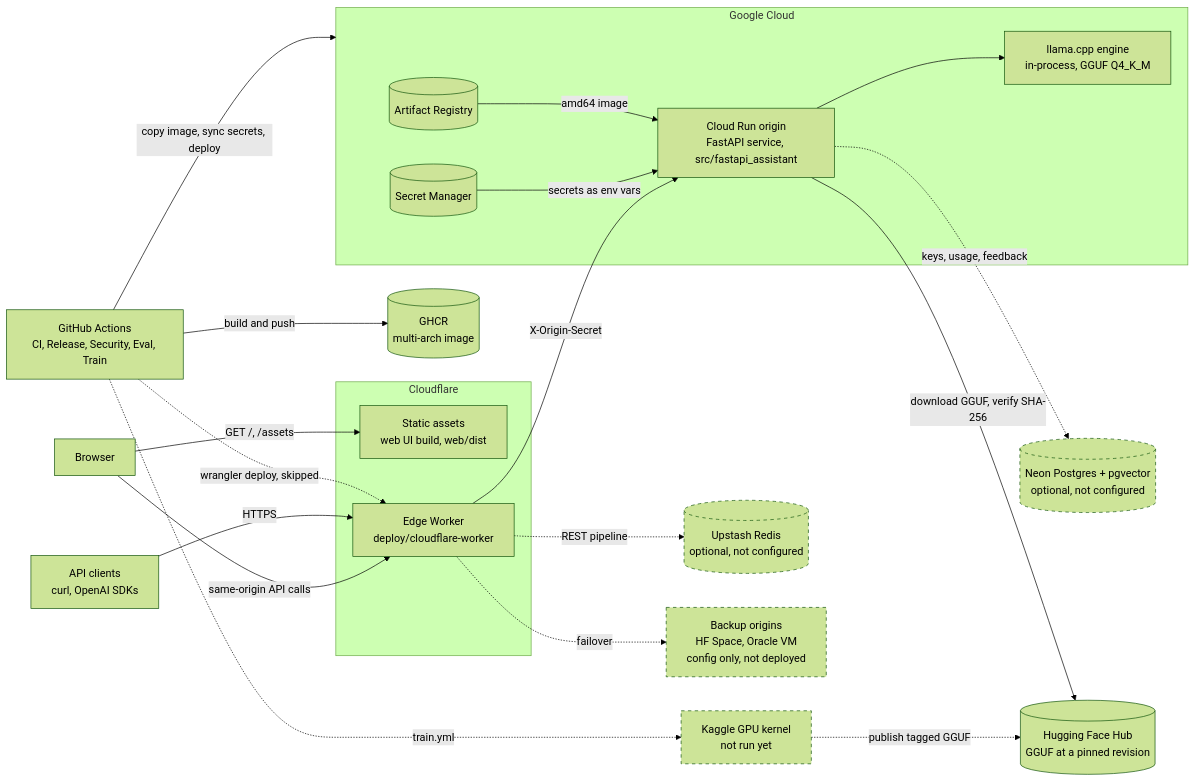
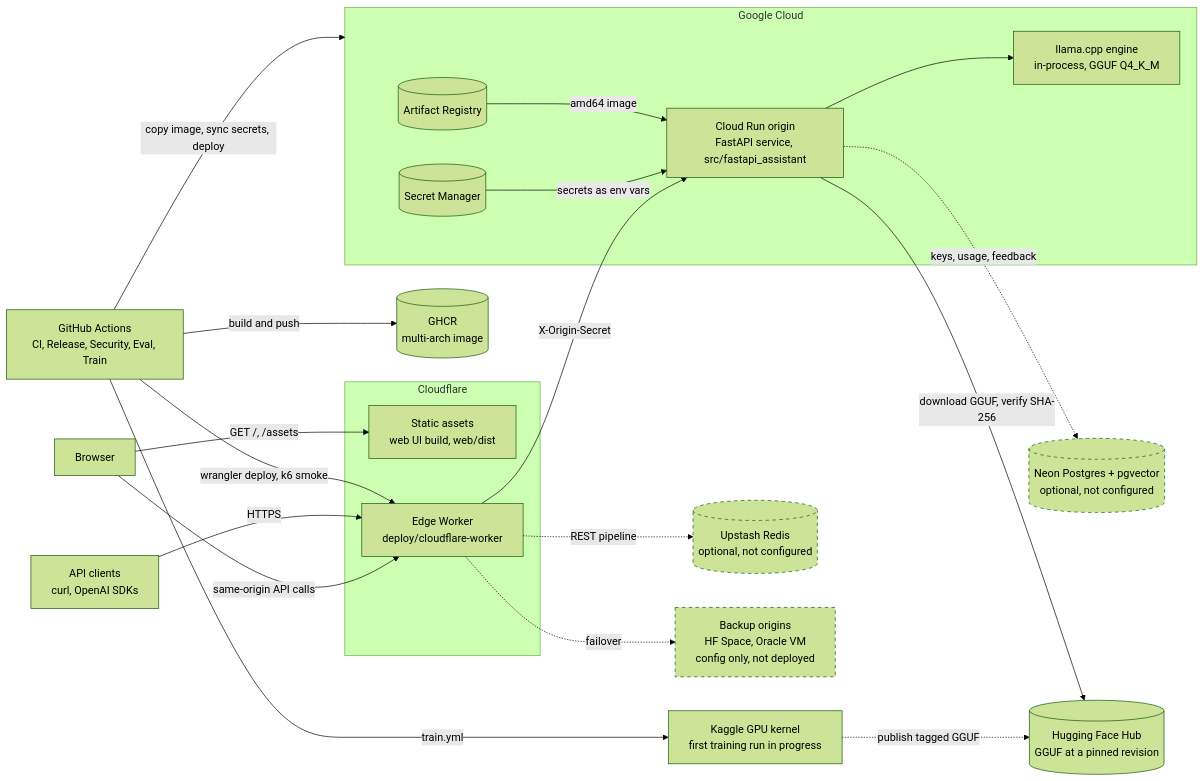
Before and after one commit to syed-waleed-ahmed/Niche-Finetuned-Model: the diagram in docs/architecture/SYSTEM_ARCHITECTURE.md, drawn with Mermaid (forest theme). The commit also changed other lines of this file and 19 other files, not shown here.

````diff
--- a/docs/architecture/SYSTEM_ARCHITECTURE.md
+++ b/docs/architecture/SYSTEM_ARCHITECTURE.md
@@ -43,46 +44,46 @@
 ```mermaid
 flowchart LR
     Client["API clients<br/>curl, OpenAI SDKs"]
     Browser["Browser"]
 
     subgraph CF["Cloudflare"]
         Assets["Static assets<br/>web UI build, web/dist"]
         Worker["Edge Worker<br/>deploy/cloudflare-worker"]
     end
 
     Redis[("Upstash Redis<br/>optional, not configured")]
     Backup["Backup origins<br/>HF Space, Oracle VM<br/>config only, not deployed"]
 
     subgraph GCP["Google Cloud"]
         Run["Cloud Run origin<br/>FastAPI service, src/fastapi_assistant"]
         Engine["llama.cpp engine<br/>in-process, GGUF Q4_K_M"]
         SM[("Secret Manager")]
         AR[("Artifact Registry")]
     end
 
     PG[("Neon Postgres + pgvector<br/>optional, not configured")]
     Hub[("Hugging Face Hub<br/>GGUF at a pinned revision")]
     GHA["GitHub Actions<br/>CI, Release, Security, Eval, Train"]
     GHCR[("GHCR<br/>multi-arch image")]
-    Kaggle["Kaggle GPU kernel<br/>not run yet"]
+    Kaggle["Kaggle GPU kernel<br/>first training run in progress"]
 
     Browser -->|"GET /, /assets"| Assets
     Browser -->|"same-origin API calls"| Worker
     Client -->|HTTPS| Worker
     Worker -.->|"REST pipeline"| Redis
     Worker -->|"X-Origin-Secret"| Run
     Worker -.->|"failover"| Backup
     Run --> Engine
     Run -.->|"keys, usage, feedback"| PG
     Run -->|"download GGUF, verify SHA-256"| Hub
     SM -->|"secrets as env vars"| Run
     AR -->|"amd64 image"| Run
     GHA -->|"build and push"| GHCR
     GHA -->|"copy image, sync secrets, deploy"| GCP
-    GHA -.->|"wrangler deploy, skipped"| Worker
-    GHA -.->|"train.yml"| Kaggle
+    GHA -->|"wrangler deploy, k6 smoke"| Worker
+    GHA -->|"train.yml"| Kaggle
     Kaggle -.->|"publish tagged GGUF"| Hub
 
     classDef optional stroke-dasharray: 5 5
-    class Redis,Backup,PG,Kaggle optional
+    class Redis,Backup,PG optional
 ```
````
